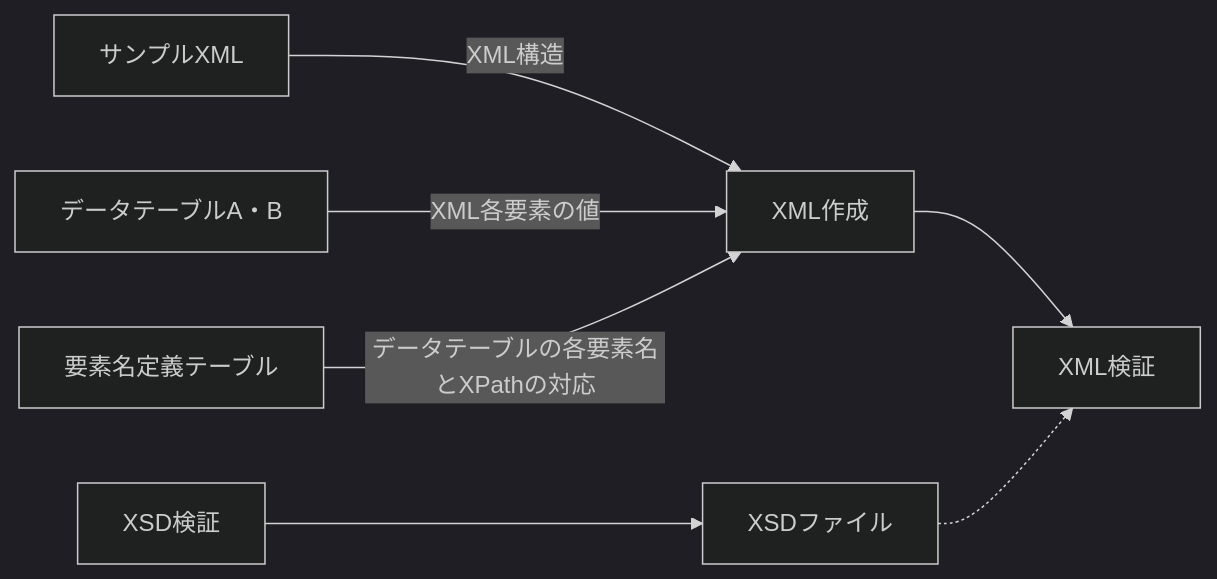
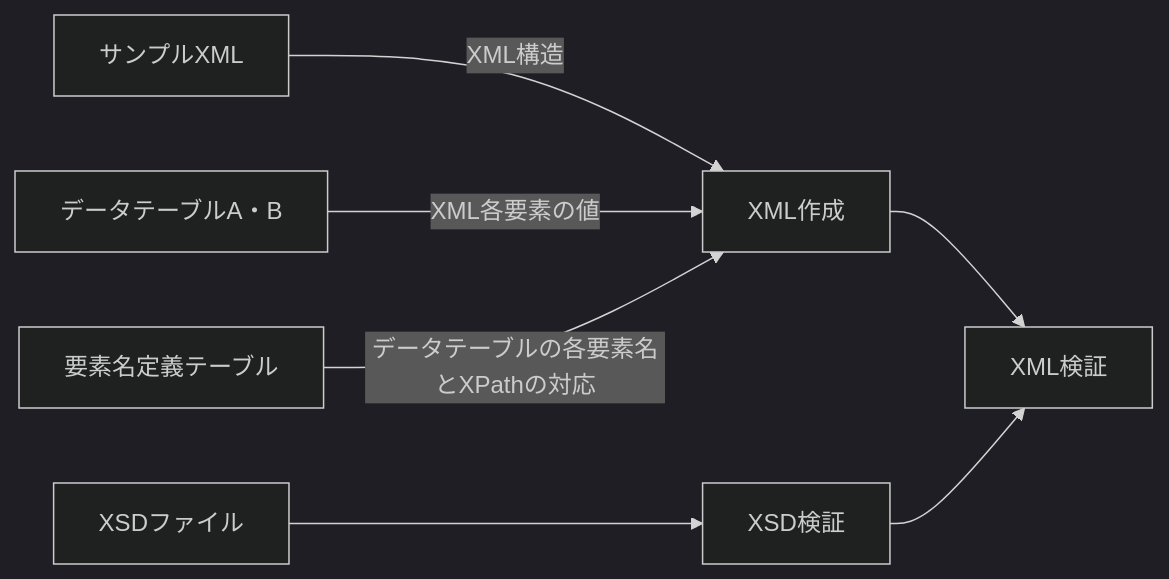
One commit to AMIDER-dev/ExcelToXml changed the diagram in README.md. Above: the diagram before and after it, drawn with Mermaid (dark theme).

````diff
--- a/README.md
+++ b/README.md
@@ -4,9 +4,9 @@
 ```mermaid
 flowchart LR
 A[サンプルXML] -->|XML構造| D[XML作成]
 B[データテーブルA・B] -->|XML各要素の値| D
 C[要素名定義テーブル] -->|データテーブルの各要素名とXPathの対応|D
 D --> E[XML検証]
-G[XSD検証] --> H[XSDファイル]
-H -.-> E
+G[XSDファイル] --> H[XSD検証]
+H --> E
 ```
````
